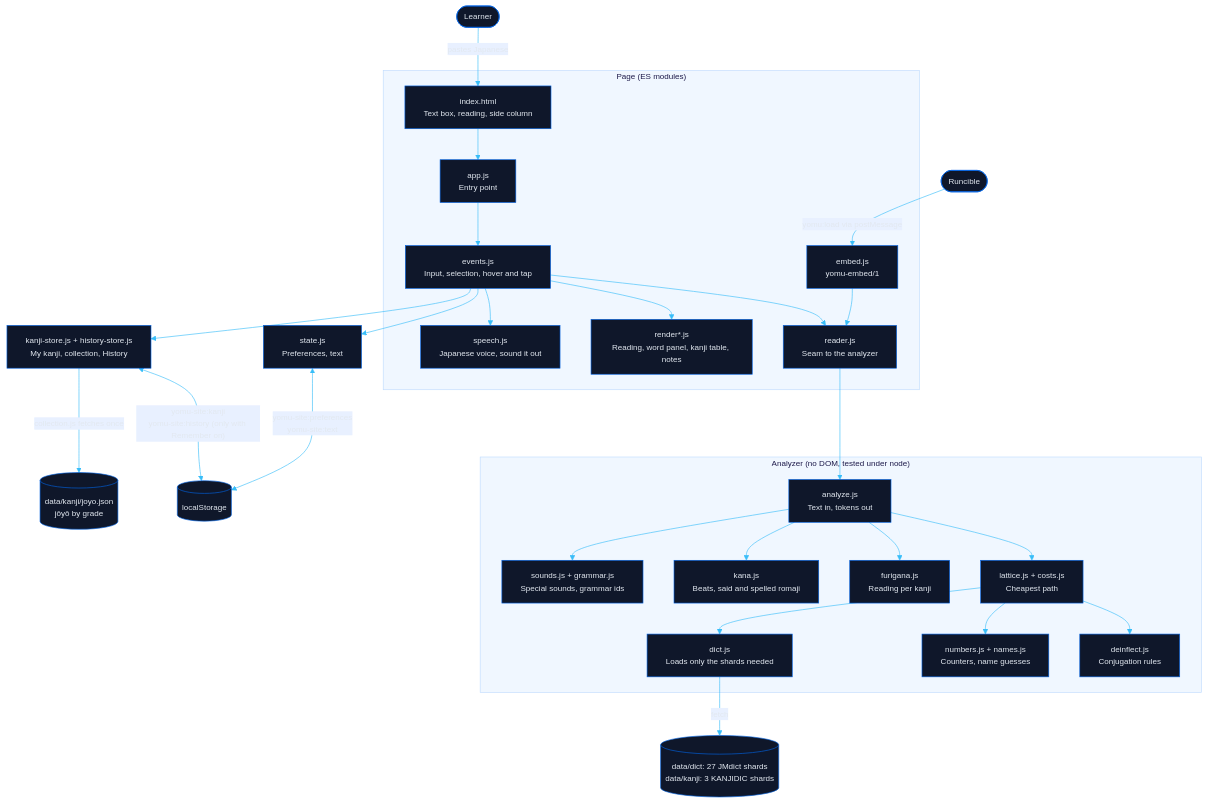
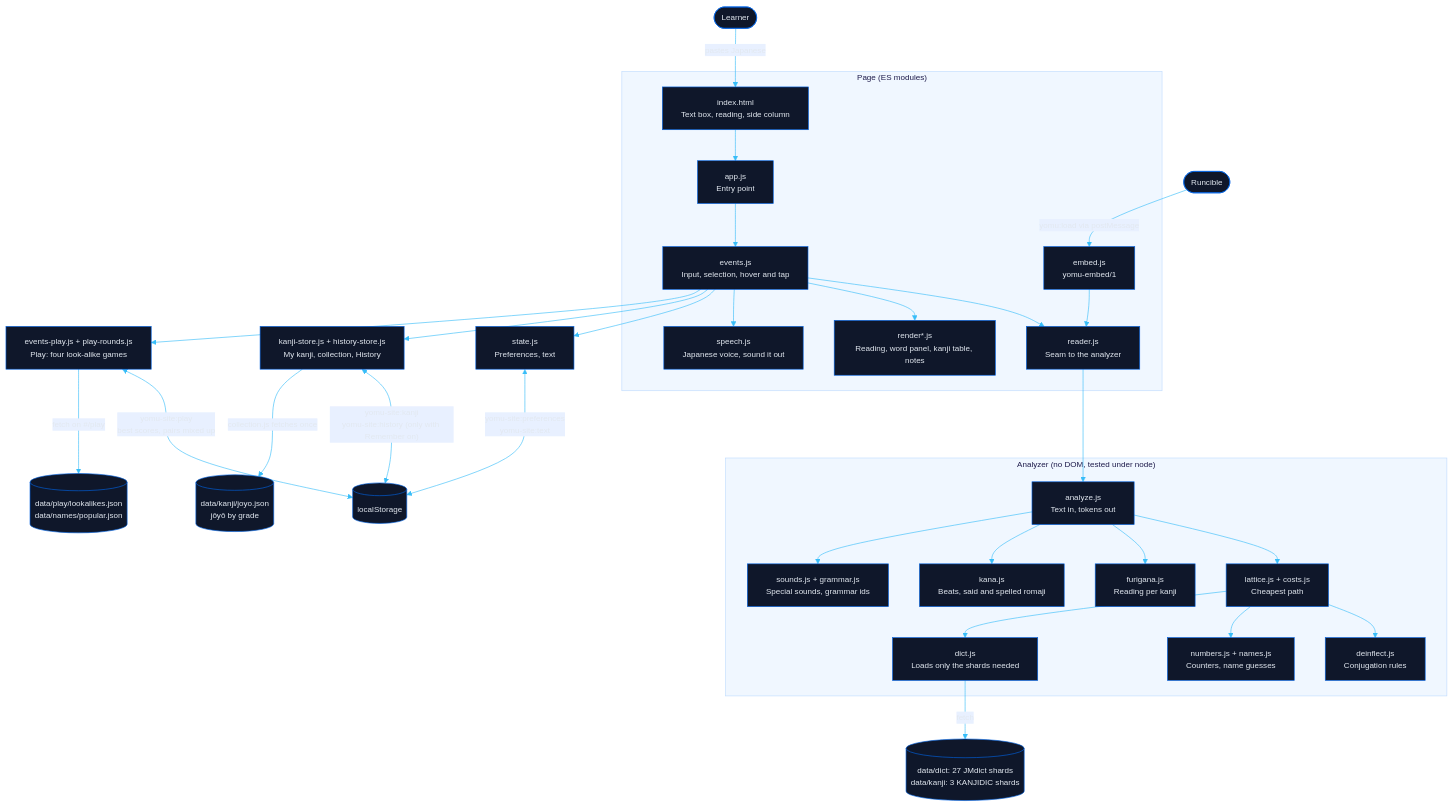
The diagram in docs/architecture.mmd (energon-a-secas/yomu-site), drawn with Mermaid before and after one commit. The commit also changed 6 other files, not shown here.

First line of the commit message:
docs: Play's routes, store, data and the measured look-alike rule

```diff
--- a/docs/architecture.mmd
+++ b/docs/architecture.mmd
@@ -1,49 +1,52 @@
 ---
 config:
   theme: base
   themeVariables:
     primaryColor: "#0f172a"
     primaryTextColor: "#e2e8f0"
     primaryBorderColor: "#0063e5"
     lineColor: "#38bdf8"
     secondaryColor: "#1e293b"
     tertiaryColor: "#1e293b"
     clusterBkg: "#f0f7ff"
     clusterBorder: "#bfdbfe"
     edgeLabelBackground: "#e8f0ff"
     mainBkg: "#0f172a"
     nodeBorder: "#0063e5"
     titleColor: "#1e1b4b"
     fontFamily: "ui-sans-serif, system-ui, -apple-system, sans-serif"
     fontSize: "13px"
 ---
 flowchart TB
     User([Learner]) -->|"pastes Japanese"| HTML["index.html\nText box, reading, side column"]
     Host([Runcible]) -->|"yomu:load via postMessage"| embed["embed.js\nyomu-embed/1"]
 
     subgraph Page["Page (ES modules)"]
         HTML --> app["app.js\nEntry point"]
         app --> events["events.js\nInput, selection, hover and tap"]
         events --> reader["reader.js\nSeam to the analyzer"]
         events --> render["render*.js\nReading, word panel, kanji table, notes"]
         events --> speech["speech.js\nJapanese voice, sound it out"]
         embed --> reader
     end
 
     subgraph Analyzer["Analyzer (no DOM, tested under node)"]
         reader --> analyze["analyze.js\nText in, tokens out"]
         analyze --> lattice["lattice.js + costs.js\nCheapest path"]
         lattice --> deinflect["deinflect.js\nConjugation rules"]
         lattice --> numbers["numbers.js + names.js\nCounters, name guesses"]
         analyze --> furigana["furigana.js\nReading per kanji"]
         analyze --> kana["kana.js\nBeats, said and spelled romaji"]
         analyze --> notes["sounds.js + grammar.js\nSpecial sounds, grammar ids"]
         lattice --> dict["dict.js\nLoads only the shards needed"]
     end
 
     dict -->|"fetch"| Data[("data/dict: 27 JMdict shards\ndata/kanji: 3 KANJIDIC shards")]
     state["state.js\nPreferences, text"] <-->|"yomu-site:preferences\nyomu-site:text"| Storage[("localStorage")]
     events --> state
     events --> mykanji["kanji-store.js + history-store.js\nMy kanji, collection, History"]
     mykanji <-->|"yomu-site:kanji\nyomu-site:history (only with Remember on)"| Storage
     mykanji -->|"collection.js fetches once"| Joyo[("data/kanji/joyo.json\njōyō by grade")]
+    events --> play["events-play.js + play-rounds.js\nPlay: four look-alike games"]
+    play <-->|"yomu-site:play\nbest scores, pairs mixed up"| Storage
+    play -->|"fetch on #/play"| PlayData[("data/play/lookalikes.json\ndata/names/popular.json")]
```
